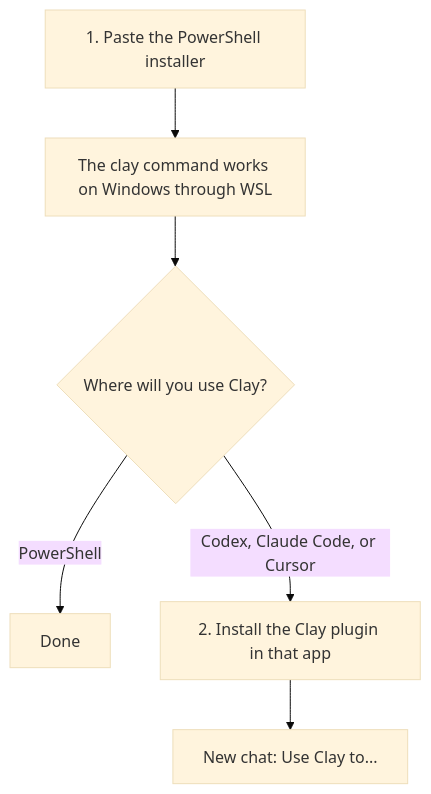
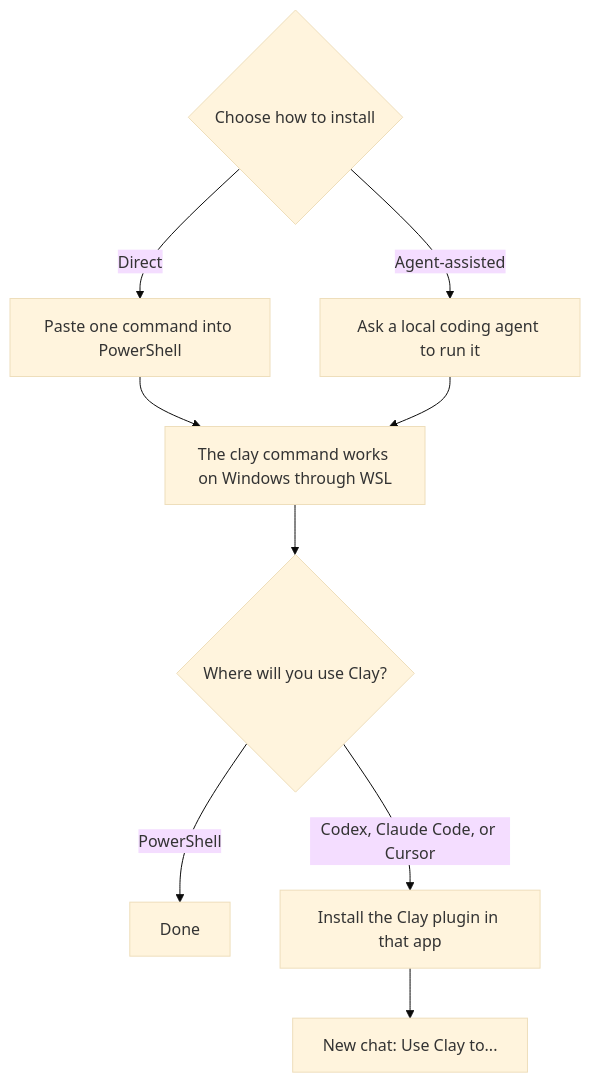
Before and after one commit to danielkupka/clay-cli-windows: the diagram in README.md, drawn with Mermaid (base theme). The commit also changed other lines of this file, not shown here.

Commit message:
Document agent-assisted Windows installation

````diff
--- a/README.md
+++ b/README.md
@@ -14,8 +14,11 @@
 ```mermaid
 flowchart TD
-    A["1. Paste the PowerShell installer"] --> B["The clay command works on Windows through WSL"]
-    B --> C{"Where will you use Clay?"}
-    C -->|PowerShell| D["Done"]
-    C -->|Codex, Claude Code, or Cursor| E["2. Install the Clay plugin in that app"]
-    E --> F["New chat: Use Clay to..."]
+    A{"Choose how to install"} -->|Direct| B["Paste one command into PowerShell"]
+    A -->|Agent-assisted| C["Ask a local coding agent to run it"]
+    B --> D["The clay command works on Windows through WSL"]
+    C --> D
+    D --> E{"Where will you use Clay?"}
+    E -->|PowerShell| F["Done"]
+    E -->|Codex, Claude Code, or Cursor| G["Install the Clay plugin in that app"]
+    G --> H["New chat: Use Clay to..."]
 ```
````
